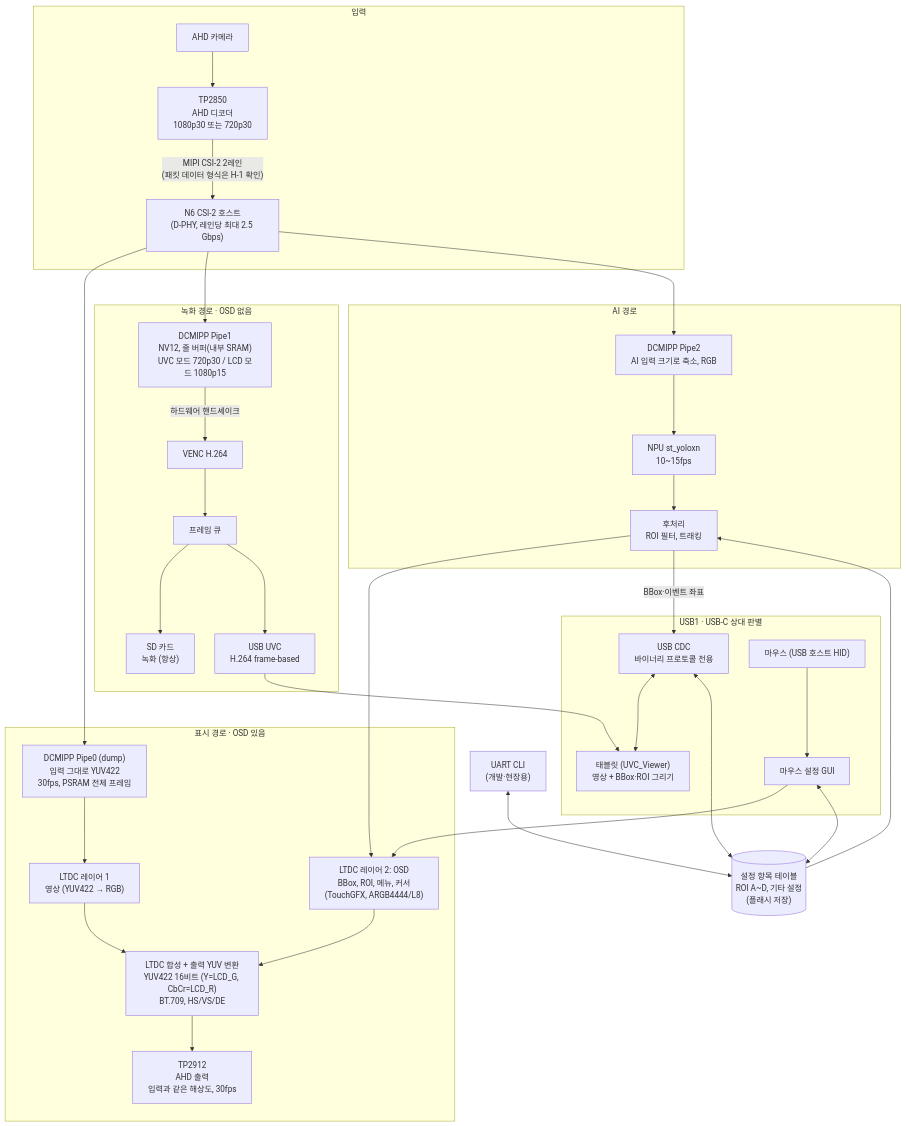
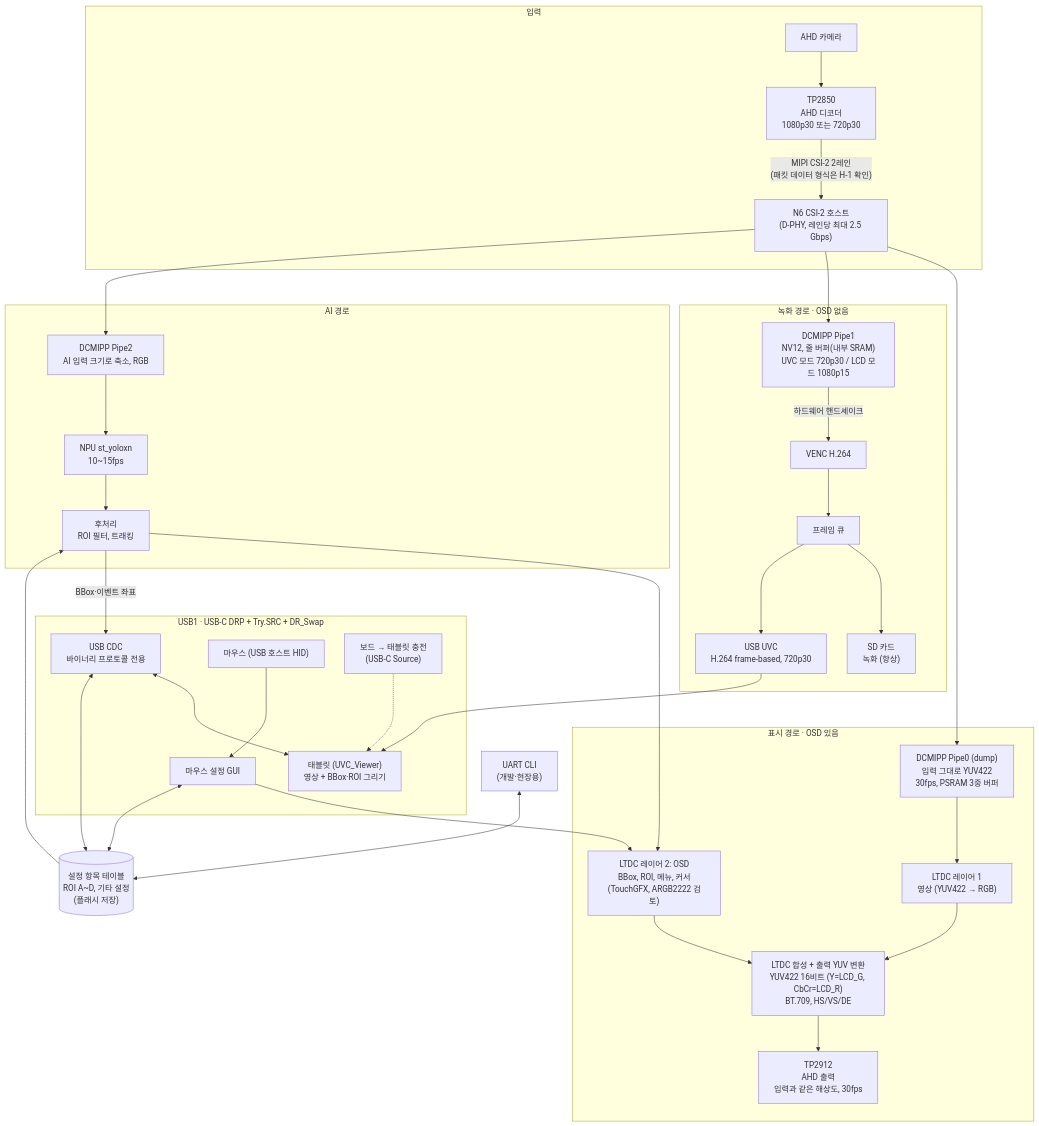
The diagram in docs/Product Conception.md (Spearhead7/2702_STM32N6_UVC), drawn with Mermaid before and after one commit. The commit also changed other lines of this file, not shown here.

First line of the commit message:
docs: 제품 구상 - 2차 검토, DK 단계 배치, 태블릿 충전

````diff
--- a/docs/Product Conception.md
+++ b/docs/Product Conception.md
@@ -12,46 +13,47 @@
 ```mermaid
 %%{init: {"flowchart": {"rankSpacing": 70, "nodeSpacing": 40}}}%%
 flowchart TB
     subgraph IN[입력]
         CAM[AHD 카메라] --> DEC["TP2850<br/>AHD 디코더<br/>1080p30 또는 720p30"]
         DEC -- "MIPI CSI-2 2레인<br/>(패킷 데이터 형식은 H-1 확인)" --> CSI["N6 CSI-2 호스트<br/>(D-PHY, 레인당 최대 2.5 Gbps)"]
     end
 
-    CSI --> P0["DCMIPP Pipe0 (dump)<br/>입력 그대로 YUV422<br/>30fps, PSRAM 전체 프레임"]
+    CSI --> P0["DCMIPP Pipe0 (dump)<br/>입력 그대로 YUV422<br/>30fps, PSRAM 3중 버퍼"]
     CSI --> P1["DCMIPP Pipe1<br/>NV12, 줄 버퍼(내부 SRAM)<br/>UVC 모드 720p30 / LCD 모드 1080p15"]
     CSI --> P2["DCMIPP Pipe2<br/>AI 입력 크기로 축소, RGB"]
 
     subgraph REC[녹화 경로 · OSD 없음]
         P1 -- "하드웨어 핸드셰이크" --> VENC["VENC H.264"]
         VENC --> Q[프레임 큐]
         Q --> SD["SD 카드<br/>녹화 (항상)"]
-        Q --> UVC["USB UVC<br/>H.264 frame-based"]
+        Q --> UVC["USB UVC<br/>H.264 frame-based, 720p30"]
     end
 
     subgraph DISP[표시 경로 · OSD 있음]
         P0 --> L1["LTDC 레이어 1<br/>영상 (YUV422 → RGB)"]
         L1 --> LTDC["LTDC 합성 + 출력 YUV 변환<br/>YUV422 16비트 (Y=LCD_G, CbCr=LCD_R)<br/>BT.709, HS/VS/DE"]
-        OSD["LTDC 레이어 2: OSD<br/>BBox, ROI, 메뉴, 커서<br/>(TouchGFX, ARGB4444/L8)"] --> LTDC
+        OSD["LTDC 레이어 2: OSD<br/>BBox, ROI, 메뉴, 커서<br/>(TouchGFX, ARGB2222 검토)"] --> LTDC
         LTDC --> ENC["TP2912<br/>AHD 출력<br/>입력과 같은 해상도, 30fps"]
     end
 
     subgraph AI[AI 경로]
         P2 --> NPU["NPU st_yoloxn<br/>10~15fps"]
         NPU --> POST["후처리<br/>ROI 필터, 트래킹"]
     end
 
     POST --> OSD
     POST -- "BBox·이벤트 좌표" --> CDC
 
-    subgraph USB[USB1 · USB-C 상대 판별]
+    subgraph USB[USB1 · USB-C DRP + Try.SRC + DR_Swap]
         UVC --> TAB["태블릿 (UVC_Viewer)<br/>영상 + BBox·ROI 그리기"]
         CDC["USB CDC<br/>바이너리 프로토콜 전용"] <--> TAB
         MOUSE["마우스 (USB 호스트 HID)"] --> GUI[마우스 설정 GUI]
+        PWR["보드 → 태블릿 충전<br/>(USB-C Source)"] -.-> TAB
     end
 
     GUI --> OSD
     GUI <--> SET[("설정 항목 테이블<br/>ROI A~D, 기타 설정<br/>(플래시 저장)")]
     CDC <--> SET
     SET --> POST
     UART["UART CLI<br/>(개발·현장용)"] <--> SET
 ```
````
